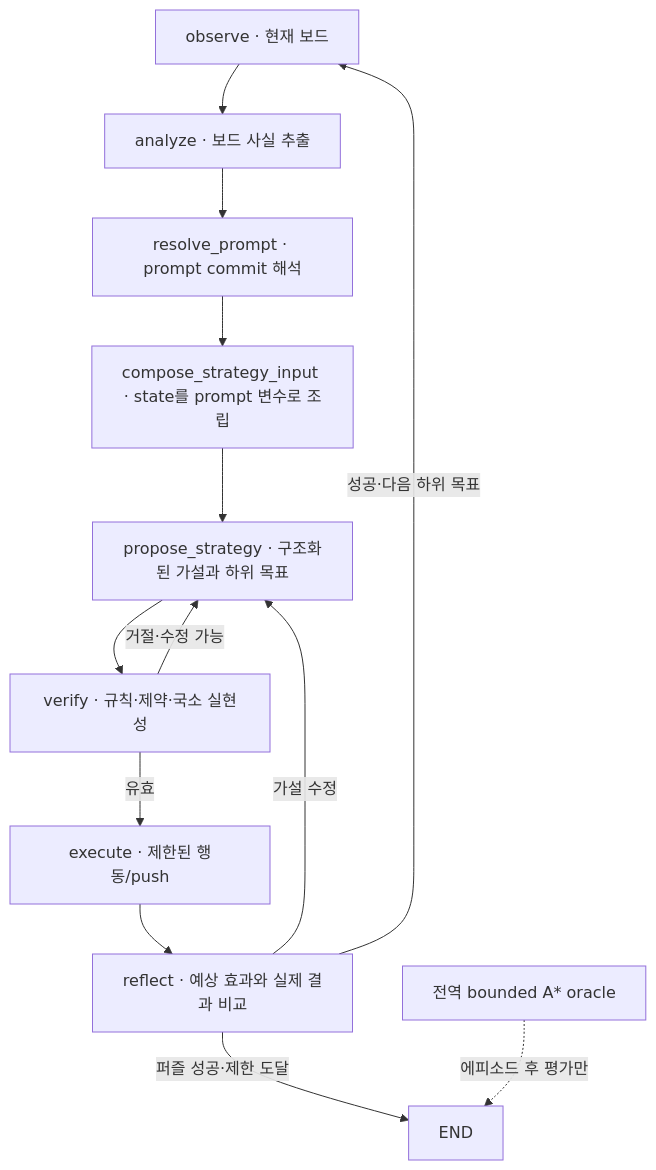
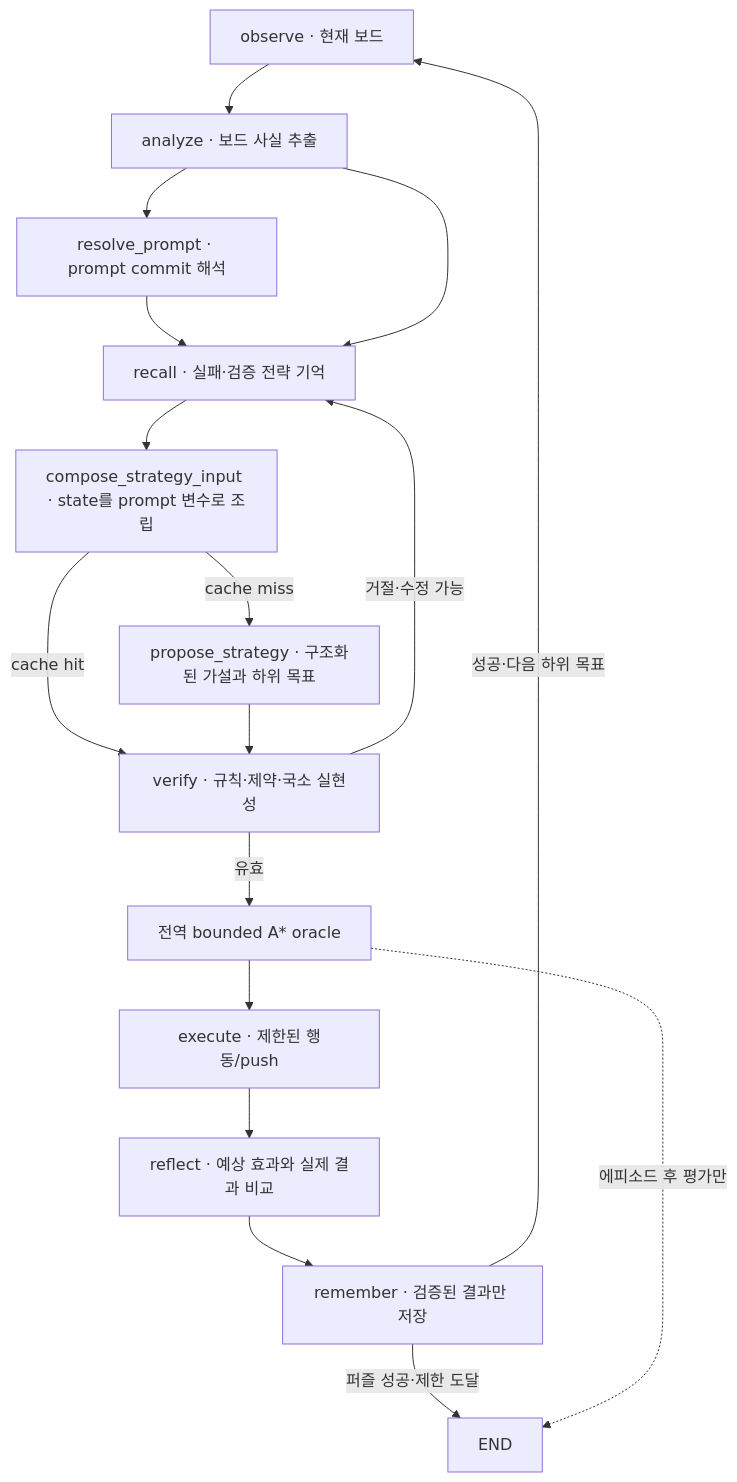
The diagram in docs/AGENTIC_PLANNING.md (fredisbusy/sokoban-agent), drawn with Mermaid before and after one commit. The commit also changed other lines of this file and 19 other files, not shown here.

Commit message:
feat(graph): LangGraph 메모리 재사용 추가

````diff
--- a/docs/AGENTIC_PLANNING.md
+++ b/docs/AGENTIC_PLANNING.md
@@ -80,16 +80,20 @@
 ```mermaid
 flowchart TD
     O["observe · 현재 보드"] --> A["analyze · 보드 사실 추출"]
     A --> L["resolve_prompt · prompt commit 해석"]
-    L --> C["compose_strategy_input · state를 prompt 변수로 조립"]
-    C --> P["propose_strategy · 구조화된 가설과 하위 목표"]
+    L --> M["recall · 실패·검증 전략 기억"]
+    A --> M
+    M --> C["compose_strategy_input · state를 prompt 변수로 조립"]
+    C -->|"cache miss"| P["propose_strategy · 구조화된 가설과 하위 목표"]
+    C -->|"cache hit"| V["verify · 규칙·제약·국소 실현성"]
     P --> V["verify · 규칙·제약·국소 실현성"]
-    V -->|"거절·수정 가능"| P
-    V -->|"유효"| X["execute · 제한된 행동/push"]
+    V -->|"거절·수정 가능"| M
+    V -->|"유효"| G["recall/ground · 단일 push 접지"]
+    G --> X["execute · 제한된 행동/push"]
     X --> R["reflect · 예상 효과와 실제 결과 비교"]
-    R -->|"성공·다음 하위 목표"| O
-    R -->|"가설 수정"| P
-    R -->|"퍼즐 성공·제한 도달"| E["END"]
+    R --> W["remember · 검증된 결과만 저장"]
+    W -->|"성공·다음 하위 목표"| O
+    W -->|"퍼즐 성공·제한 도달"| E["END"]
 
     G["전역 bounded A* oracle"] -. "에피소드 후 평가만" .-> E
 ```
````
